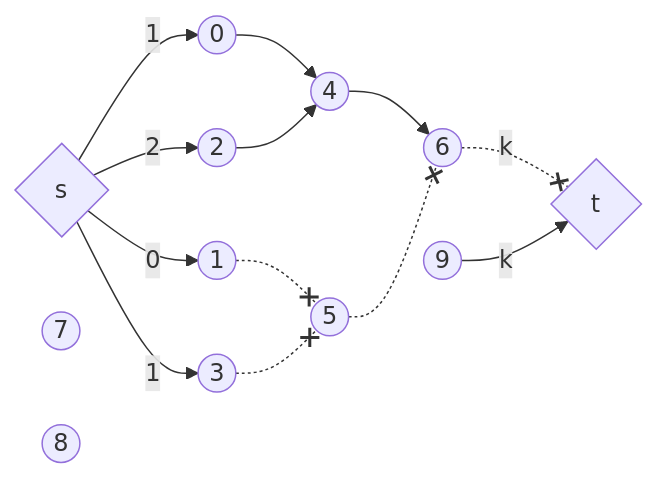
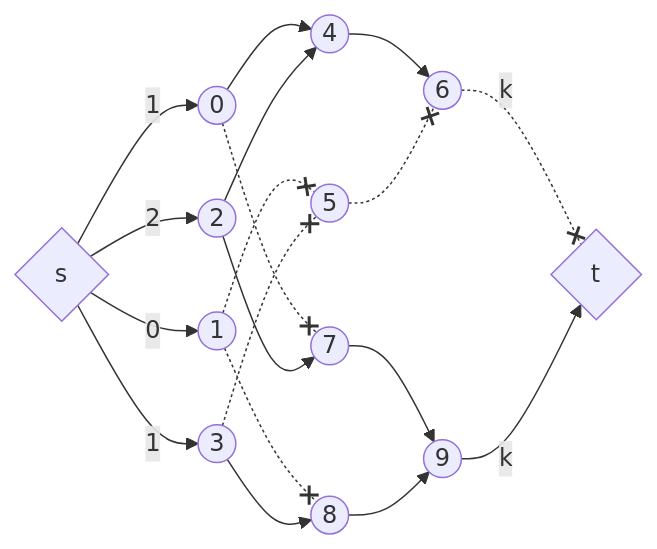
The fifth of 5 diagrams in sem2/AuW/PV/cx/tour-de-suisse.md (bfeitknecht/vault), drawn with Mermaid before and after one commit.

Commit message:
backup: 2024-07-02 00:51:42 from MacBook Pro (echo)
Affected files:
sem2/AuW/PV/cx/tour-de-suisse.md

````diff
--- a/sem2/AuW/PV/cx/tour-de-suisse.md
+++ b/sem2/AuW/PV/cx/tour-de-suisse.md
@@ -246,39 +246,39 @@
 ```mermaid
 flowchart LR
 
 idS{s}
 idT{t}
 
 ids0p1((0))
 ids0p2((1))
 
 ids1p1((2))
 ids1p2((3))
 
 idb0p1((4))
 idb0p2((5))
 idb0((6))
 
 idb1p1((7))
 idb1p2((8))
 idb1((9))
 
 %%%%%%%%%%%%%%%%%%%%%%%%%%%%%%%%%%%%%%
 
 idS -->|"1"| ids0p1
 idS -->|"0"| ids0p2
 
 idS -->|"2"| ids1p1
 idS -->|"1"| ids1p2
 
 ids0p1 & ids1p1 --> idb0p1 --> idb0
 ids0p2 & ids1p2 -.-x idb0p2 -.-x idb0
-
-
 idb0 -.-x|"k"| idT
 
-
-
+ids0p1 -.-x idb1p1
+ids1p1 --> idb1p1 --> idb1
+ids0p2 -.-x idb1p2
+ids1p2 --> idb1p2 --> idb1
 idb1 -->|"k"| idT
 
 ```
````
